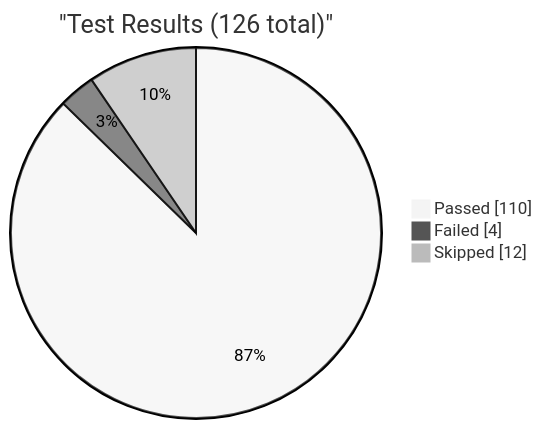
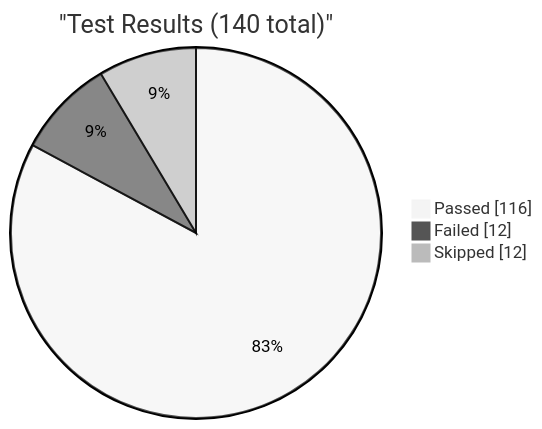
One commit to EliteaAI/onetest-ai-tm-Elitea changed the first of 4 diagrams in reports/dashboard.md. Above: the diagram before and after it, drawn with Mermaid (neutral theme). The commit also changed other lines of this file, not shown here.

Commit message:
dashboard: update test metrics

````diff
--- a/reports/dashboard.md
+++ b/reports/dashboard.md
@@ -9,7 +9,7 @@
 ```mermaid
 pie showData
-    title "Test Results (126 total)"
-    "Passed" : 110
-    "Failed" : 4
+    title "Test Results (140 total)"
+    "Passed" : 116
+    "Failed" : 12
     "Skipped" : 12
 ```
````
